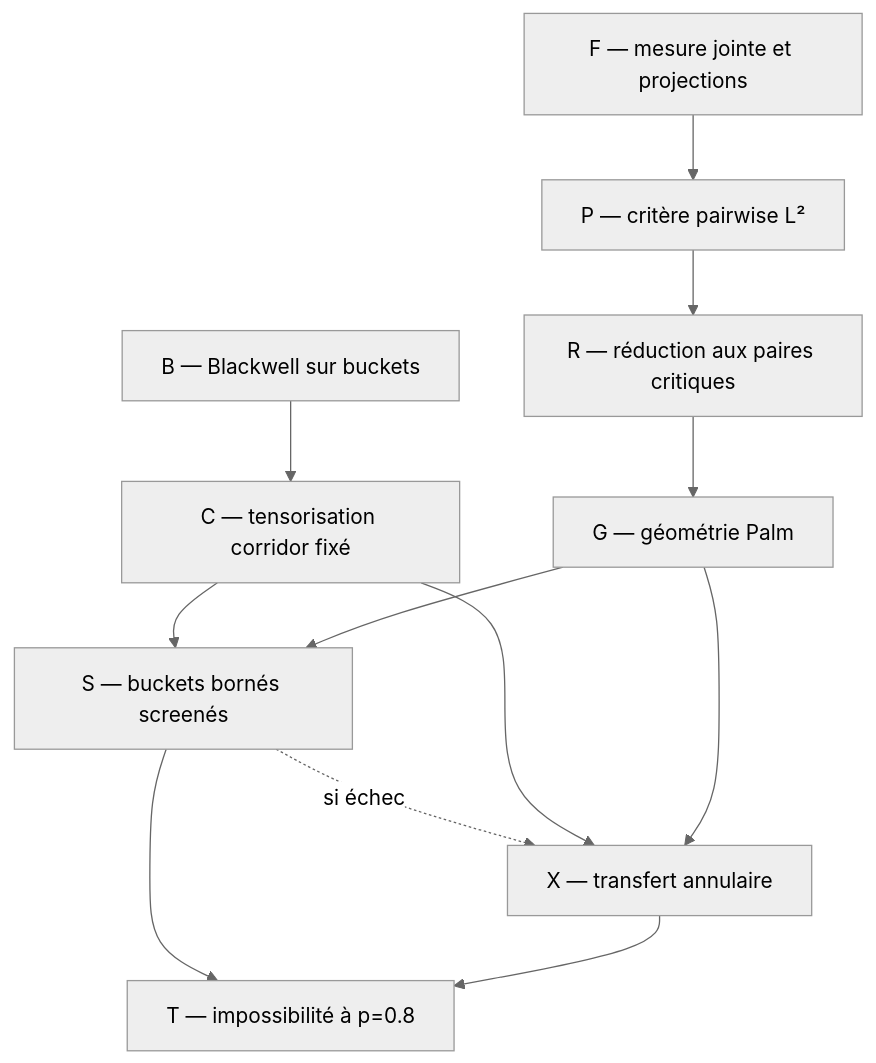
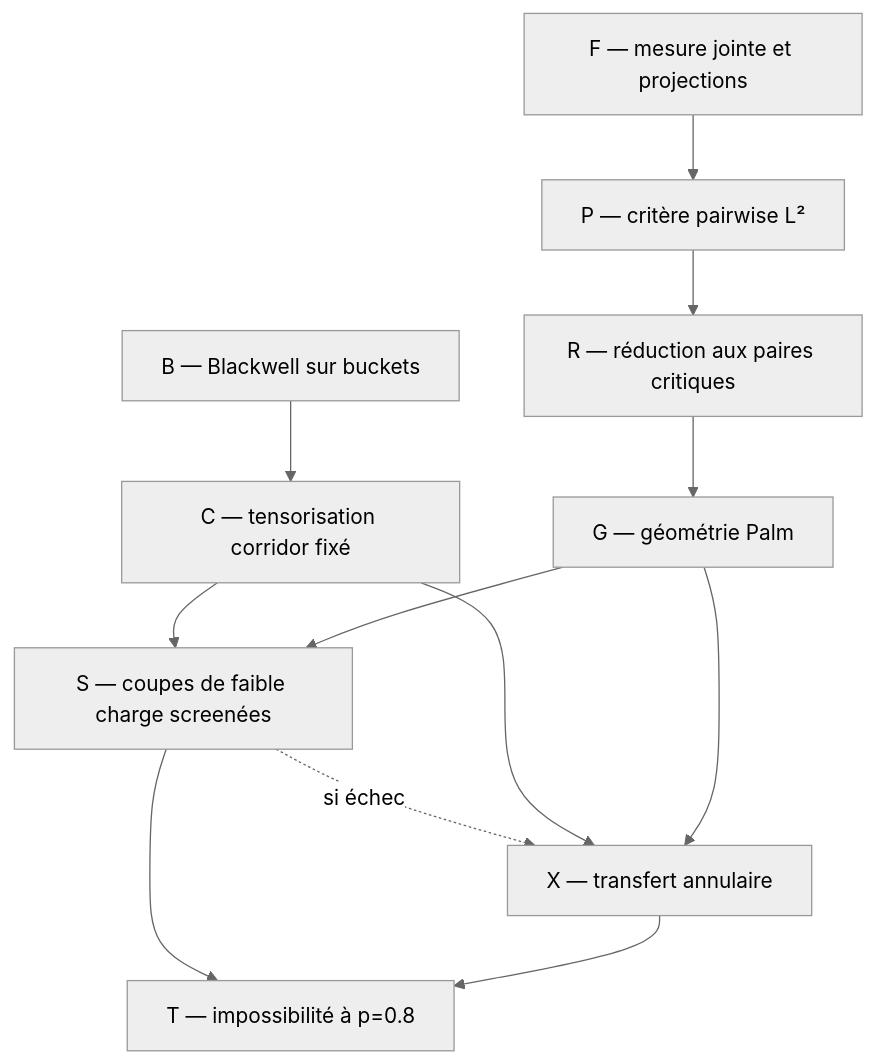
The diagram in research/hierarchical-swendsen-wang/05_PROOF_ROADMAP.md (Ludwig-H/Presentation-MathNet-2026-06-15), drawn with Mermaid (neutral theme) before and after one commit. The commit also changed other lines of this file and 20 other files, not shown here.

````diff
--- a/research/hierarchical-swendsen-wang/05_PROOF_ROADMAP.md
+++ b/research/hierarchical-swendsen-wang/05_PROOF_ROADMAP.md
@@ -36,14 +41,14 @@
 ```mermaid
 flowchart TD
     F["F — mesure jointe et projections"] --> P["P — critère pairwise L²"]
     P --> R["R — réduction aux paires critiques"]
     B["B — Blackwell sur buckets"] --> C["C — tensorisation corridor fixé"]
     R --> G["G — géométrie Palm"]
-    C --> S["S — buckets bornés screenés"]
+    C --> S["S — coupes de faible charge screenées"]
     G --> S
     S --> T["T — impossibilité à p=0.8"]
     S -. "si échec" .-> X["X — transfert annulaire"]
     C --> X
     G --> X
     X --> T
 ```
````
